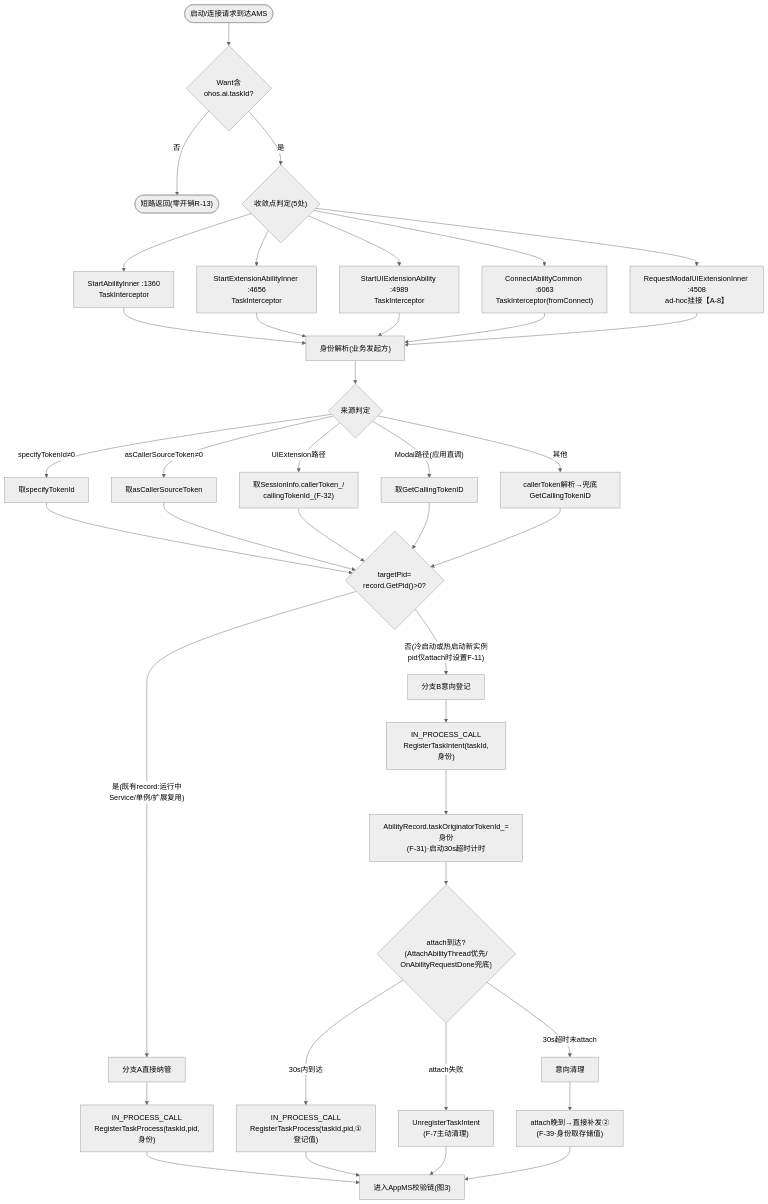
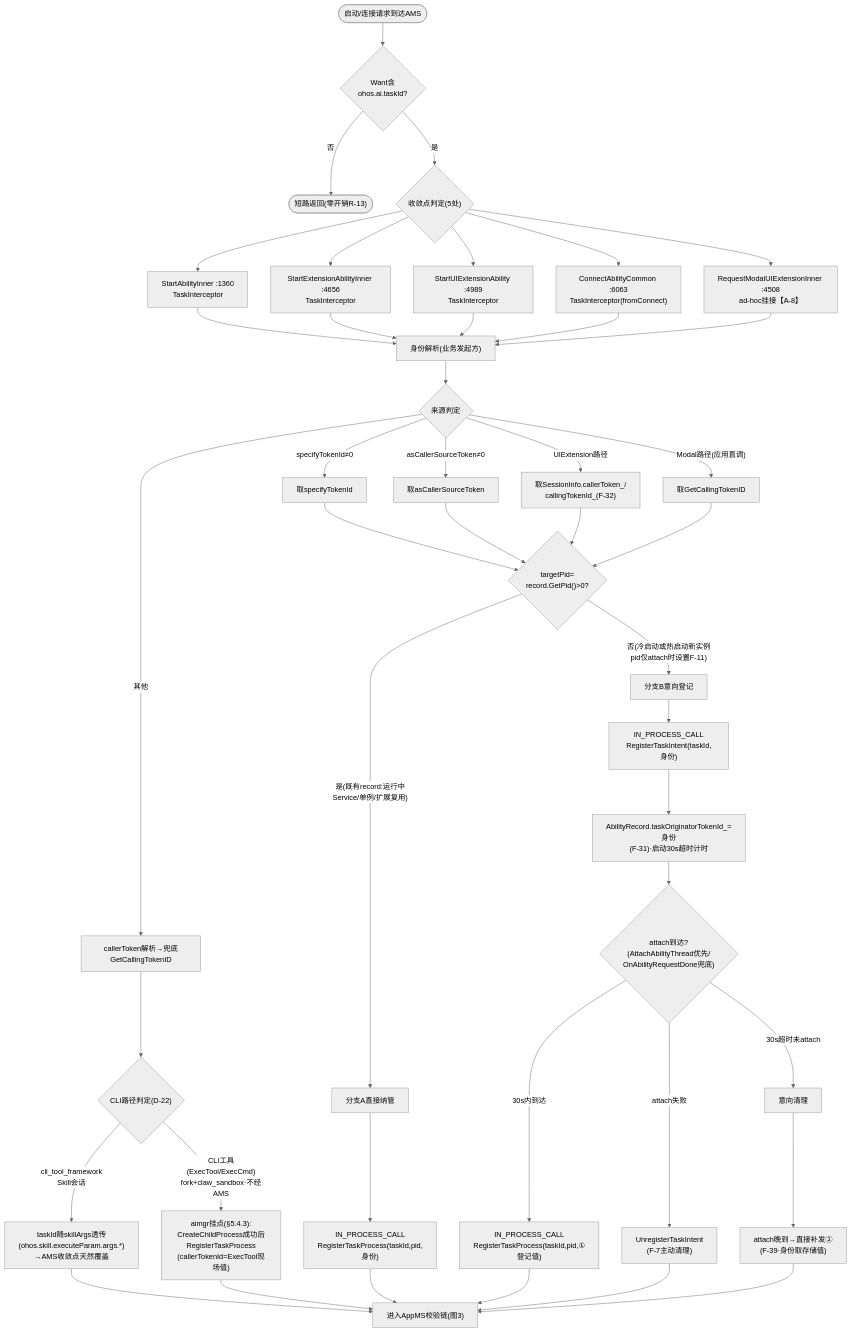
Before and after one commit to xuanjiazhen/ability_ability_runtime: the second of 8 diagrams in .codespec/changes/ai-task-manager/docs/flow-diagrams.md, drawn with Mermaid (neutral theme). The commit also changed other lines of this file and 7 other files, not shown here.

````diff
--- a/.codespec/changes/ai-task-manager/docs/flow-diagrams.md
+++ b/.codespec/changes/ai-task-manager/docs/flow-diagrams.md
@@ -104,30 +104,35 @@
 ```mermaid
 flowchart TD
     S(["启动/连接请求到达AMS"]) --> C1{"Want含<br/>ohos.ai.taskId?"}
     C1 -- "否" --> Z(["短路返回(零开销R-13)"])
     C1 -- "是" --> C2{"收敛点判定(5处)"}
     C2 --> K1["StartAbilityInner :1360<br/>TaskInterceptor"]
     C2 --> K2["StartExtensionAbilityInner :4656<br/>TaskInterceptor"]
     C2 --> K3["StartUIExtensionAbility :4989<br/>TaskInterceptor"]
     C2 --> K4["ConnectAbilityCommon :6063<br/>TaskInterceptor(fromConnect)"]
     C2 --> K5["RequestModalUIExtensionInner :4508<br/>ad-hoc挂接【A-8】"]
     K1 & K2 & K3 & K4 & K5 --> ID["身份解析(业务发起方)"]
     ID --> ID1{"来源判定"}
     ID1 -- "specifyTokenId≠0" --> IDA["取specifyTokenId"]
     ID1 -- "asCallerSourceToken≠0" --> IDB["取asCallerSourceToken"]
     ID1 -- "UIExtension路径" --> IDC["取SessionInfo.callerToken_/<br/>callingTokenId_(F-32)"]
     ID1 -- "Modal路径(应用直调)" --> IDD["取GetCallingTokenID"]
     ID1 -- "其他" --> IDE["callerToken解析→兜底GetCallingTokenID"]
-    IDA & IDB & IDC & IDD & IDE --> TP{"targetPid=<br/>record.GetPid()>0?"}
+    IDE --> CLI{"CLI路径判定(D-22)"}
+    CLI -- "cli_tool_framework<br/>Skill会话" --> CLIS["taskId随skillArgs透传<br/>(ohos.skill.executeParam.args.*)<br/>→AMS收敛点天然覆盖"]
+    CLI -- "CLI工具(ExecTool/ExecCmd)<br/>fork+claw_sandbox·不经AMS" --> CLIA["aimgr挂点(§5.4.3):<br/>CreateChildProcess成功后<br/>RegisterTaskProcess<br/>(callerTokenId=ExecTool现场值)"]
+    CLIS --> AUTH
+    CLIA --> AUTH
+    IDA & IDB & IDC & IDD --> TP{"targetPid=<br/>record.GetPid()>0?"}
     TP -- "是(既有record:运行中<br/>Service/单例/扩展复用)" --> RA["分支A直接纳管"]
     TP -- "否(冷启动或热启动新实例<br/>pid仅attach时设置F-11)" --> RB["分支B意向登记"]
     RA --> CA["IN_PROCESS_CALL<br/>RegisterTaskProcess(taskId,pid,身份)"]
     RB --> CB1["IN_PROCESS_CALL<br/>RegisterTaskIntent(taskId,身份)"]
     CB1 --> CB2["AbilityRecord.taskOriginatorTokenId_=身份<br/>(F-31)·启动30s超时计时"]
     CB2 --> CB3{"attach到达?<br/>(AttachAbilityThread优先/<br/>OnAbilityRequestDone兜底)"}
     CB3 -- "30s内到达" --> CB4["IN_PROCESS_CALL<br/>RegisterTaskProcess(taskId,pid,①登记值)"]
     CB3 -- "attach失败" --> CB5["UnregisterTaskIntent<br/>(F-7主动清理)"]
     CB3 -- "30s超时未attach" --> CB6["意向清理"]
     CB6 --> CB7["attach晚到→直接补发②<br/>(F-39·身份取存储值)"]
     CA & CB4 & CB5 & CB7 --> AUTH["进入AppMS校验链(图3)"]
 ```
````
